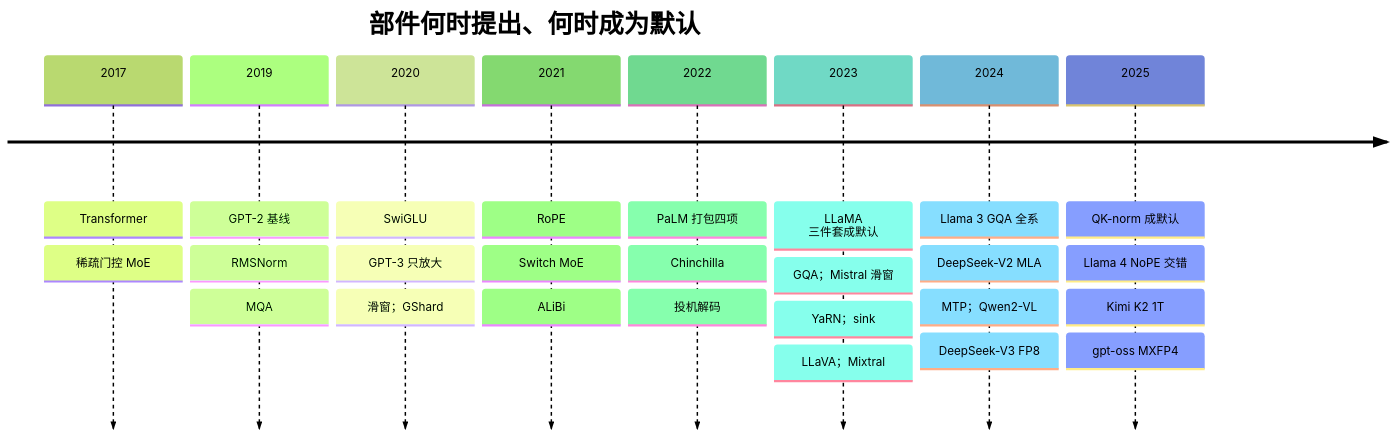
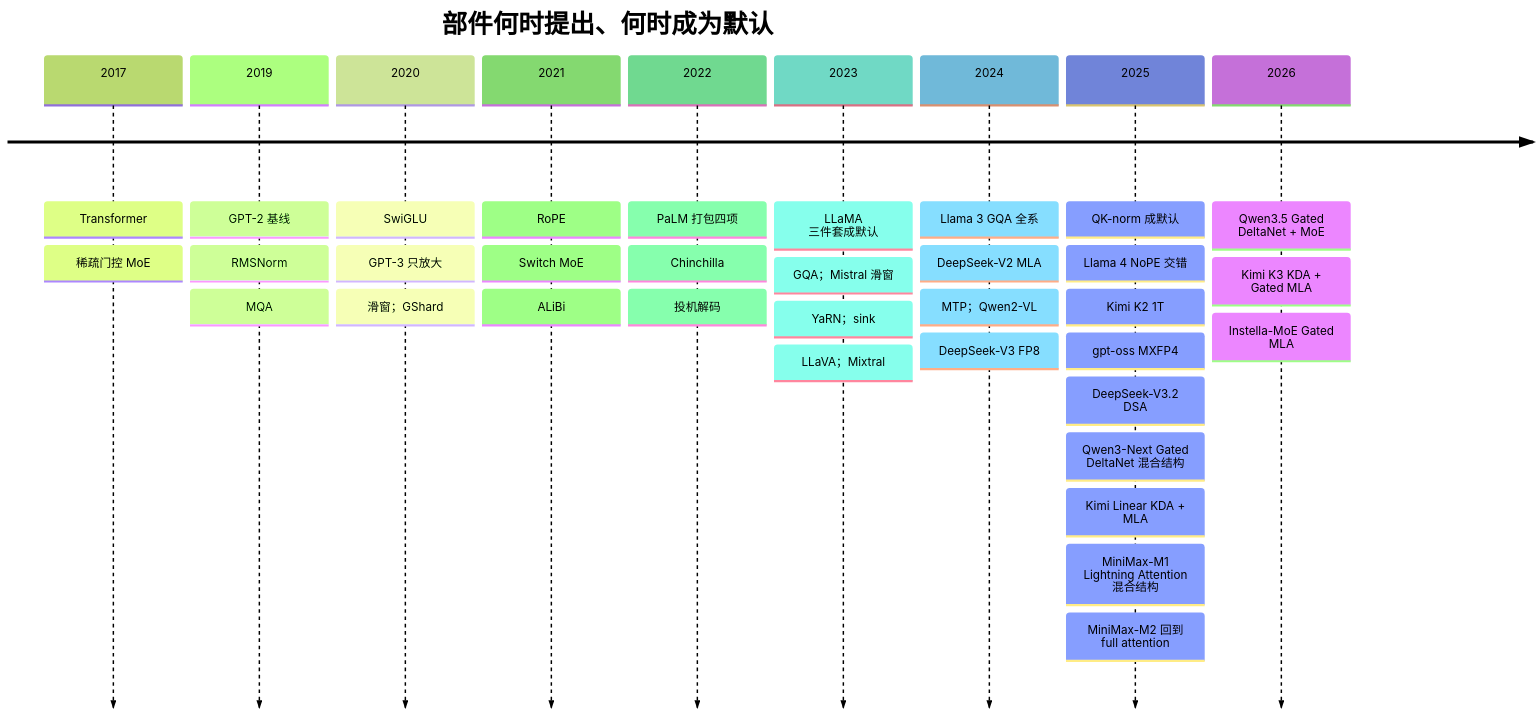
Before and after one commit to arganzheng/arganzheng.github.com: the first of 3 diagrams in _posts/2026-04-02-llm-architecture-evolution-roadmap-from-gpt2.md, drawn with Mermaid (forest theme). The commit also changed other lines of this file and 3 other files, not shown here.

````diff
--- a/_posts/2026-04-02-llm-architecture-evolution-roadmap-from-gpt2.md
+++ b/_posts/2026-04-02-llm-architecture-evolution-roadmap-from-gpt2.md
@@ -109,31 +112,39 @@
 ```mermaid
-%% 图：2017–2025 年 LLM 结构演进时间线：部件级论文与把它们组合进主流模型的里程碑
+%% 图：2017–2026 年 LLM 结构演进时间线：部件级论文与把它们组合进主流模型的里程碑
 timeline
     title 部件何时提出、何时成为默认
     2017 : Transformer
          : 稀疏门控 MoE
     2019 : GPT-2 基线
          : RMSNorm
          : MQA
     2020 : SwiGLU
          : GPT-3 只放大
          : 滑窗；GShard
     2021 : RoPE
          : Switch MoE
          : ALiBi
     2022 : PaLM 打包四项
          : Chinchilla
          : 投机解码
     2023 : LLaMA 三件套成默认
          : GQA；Mistral 滑窗
          : YaRN；sink
          : LLaVA；Mixtral
     2024 : Llama 3 GQA 全系
          : DeepSeek-V2 MLA
          : MTP；Qwen2-VL
          : DeepSeek-V3 FP8
     2025 : QK-norm 成默认
          : Llama 4 NoPE 交错
          : Kimi K2 1T
          : gpt-oss MXFP4
+         : DeepSeek-V3.2 DSA
+         : Qwen3-Next Gated DeltaNet 混合结构
+         : Kimi Linear KDA + MLA
+         : MiniMax-M1 Lightning Attention 混合结构
+         : MiniMax-M2 回到 full attention
+    2026 : Qwen3.5 Gated DeltaNet + MoE
+         : Kimi K3 KDA + Gated MLA
+         : Instella-MoE Gated MLA
 ```
````
